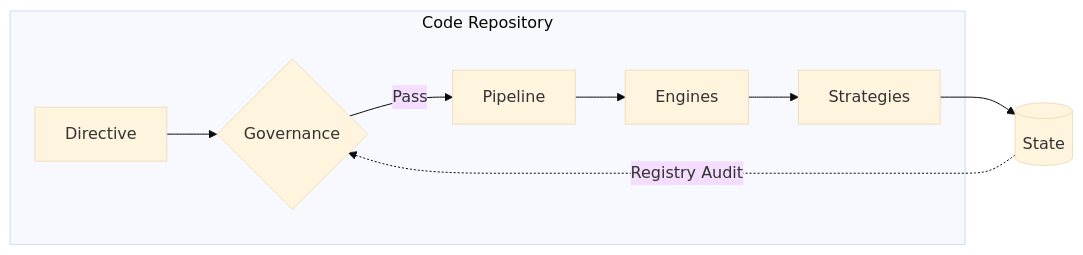
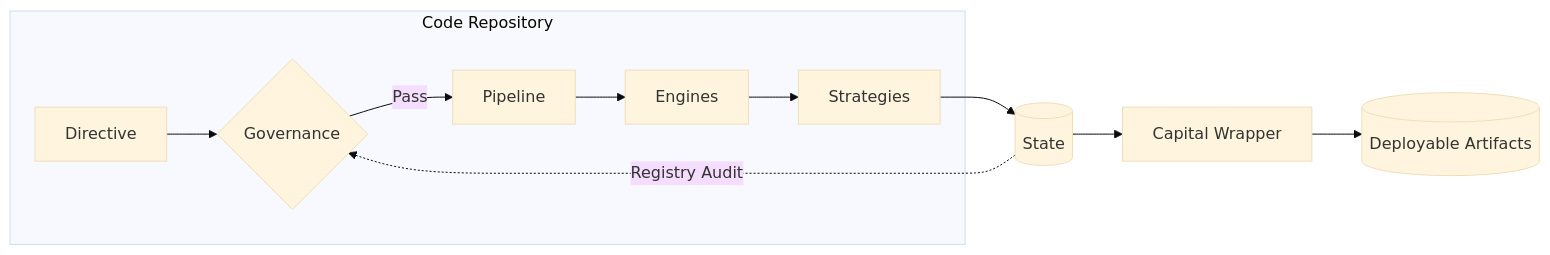
One commit to kitealert7-source/Trade-Scan- changed the second of 2 diagrams in outputs/system_reports/01_system_architecture/SYSTEM_SURFACE_MAP.md. Above: the diagram before and after it, drawn with Mermaid (base theme). The commit also changed other lines of this file and 103 other files, not shown here.

````diff
--- a/outputs/system_reports/01_system_architecture/SYSTEM_SURFACE_MAP.md
+++ b/outputs/system_reports/01_system_architecture/SYSTEM_SURFACE_MAP.md
@@ -197,18 +232,20 @@
 ```mermaid
 flowchart LR
     D[Directive] --> G{Governance}
-    G -->|Pass| P[Pipeline]
+    G --> |Pass| P[Pipeline]
     P --> E[Engines]
     E --> S[Strategies]
     S --> ST[(State)]
+    ST --> CW[Capital Wrapper]
+    CW --> DEP[(Deployable Artifacts)]
     
     subgraph Boundary [Code Repository]
     D
     G
     P
     E
     S
     end
     
-    ST -.->|Registry Audit| G
+    ST -.-> |Registry Audit| G
 ```
````
